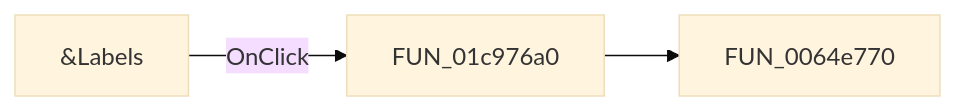
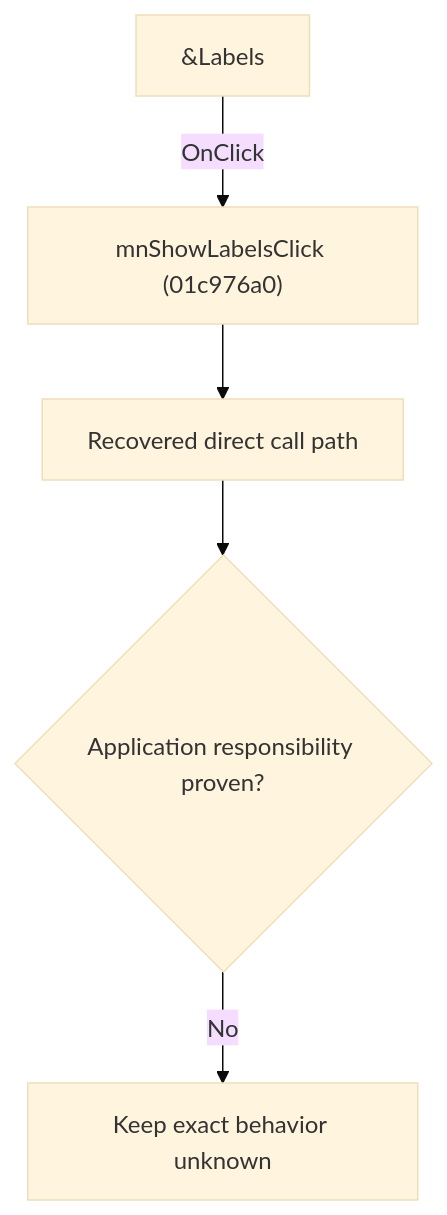
One commit to MovGP0/TIARA changed the diagram in docs/ui-controls/schematiceditor/mnshowlabels-7ae5fefcb2.md. Above: the diagram before and after it, drawn with Mermaid (base theme). The commit also changed other lines of this file and 1062 other files, not shown here.

````diff
--- a/docs/ui-controls/schematiceditor/mnshowlabels-7ae5fefcb2.md
+++ b/docs/ui-controls/schematiceditor/mnshowlabels-7ae5fefcb2.md
@@ -27,5 +27,7 @@
 ```mermaid
-flowchart LR
-    control["&Labels"] -->|OnClick| handler["FUN_01c976a0"]
-    handler --> call1["FUN_0064e770"]
+flowchart TD
+    control["&Labels"] -->|"OnClick"| handler["mnShowLabelsClick (01c976a0)"]
+    handler --> recovered["Recovered direct call path"]
+    recovered --> gap{"Application responsibility proven?"}
+    gap -->|"No"| blocked["Keep exact behavior unknown"]
 ```
````
